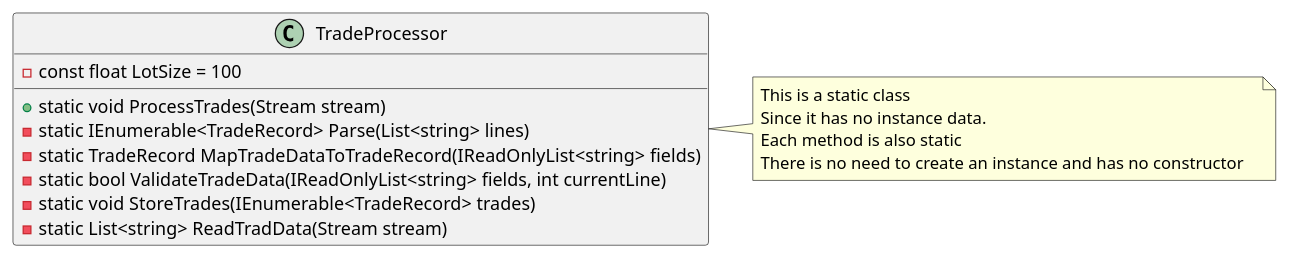
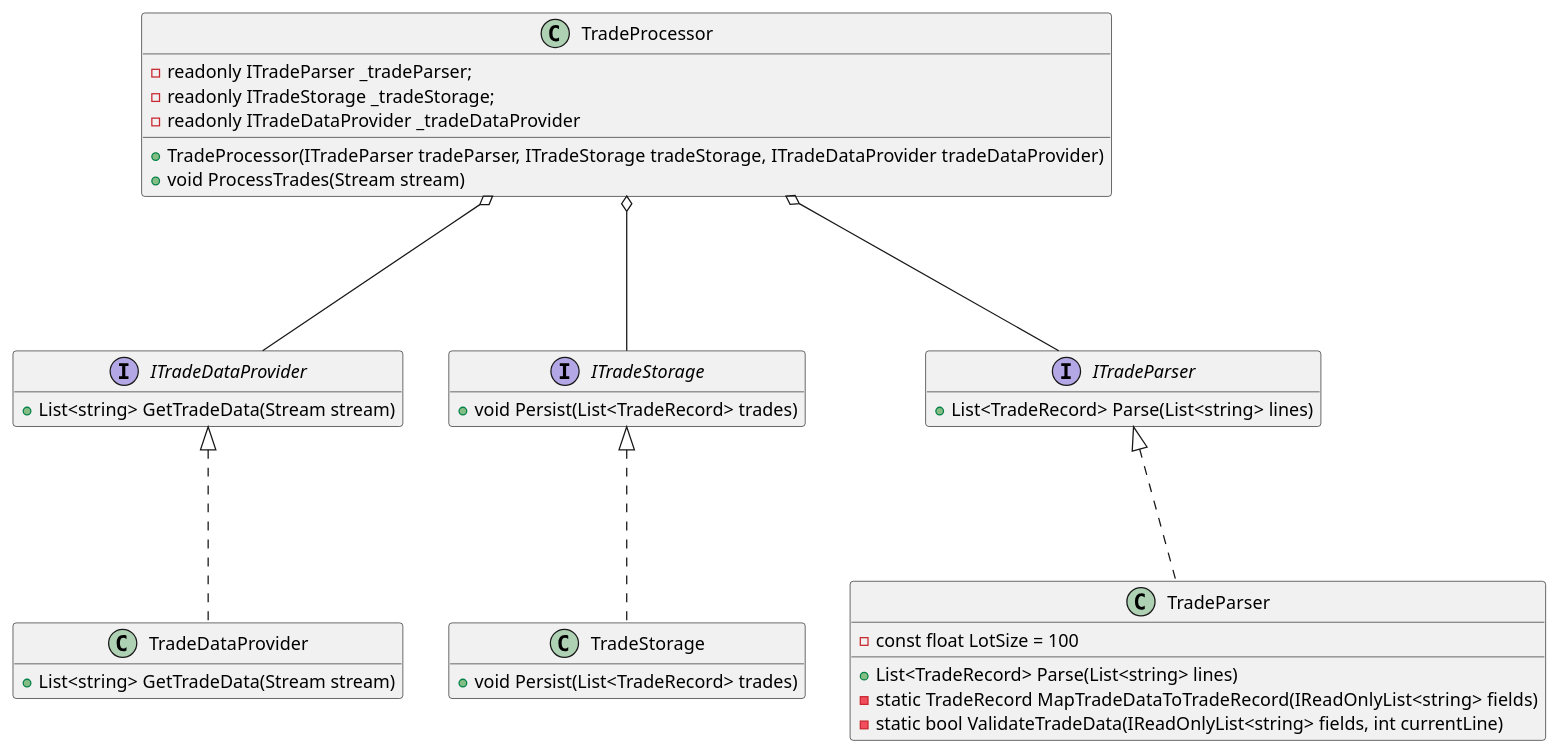
The diagram in solid-project-1/solid-project-1.puml (Shane-Wilson-class/solid-project-1), drawn with PlantUML before and after one commit. The commit also changed 9 other files, not shown here.

First line of the commit message:
Refactor TradeProcessor to comply with Single Responsibility Principle (SRP)

```diff
--- a/solid-project-1/solid-project-1.puml
+++ b/solid-project-1/solid-project-1.puml
@@ -1,21 +1,45 @@
 @startuml
+hide empty members
+interface ITradeDataProvider{
++ List<string> GetTradeData(Stream stream)
+}
+interface ITradeParser
+{
+ + List<TradeRecord> Parse(List<string> lines)
+}
+interface ITradeStorage
+{
+  + void Persist(List<TradeRecord> trades)
+}
 
+class TradeStorage {
++ void Persist(List<TradeRecord> trades)
+}
+
+class TradeDataProvider {
++ List<string> GetTradeData(Stream stream)
+}
+class TradeParser {
+- const float LotSize = 100
++ List<TradeRecord> Parse(List<string> lines)
+- static TradeRecord MapTradeDataToTradeRecord(IReadOnlyList<string> fields)
+- static bool ValidateTradeData(IReadOnlyList<string> fields, int currentLine)
+}
 
 class TradeProcessor {
-- const float LotSize = 100
-+ static void ProcessTrades(Stream stream)
-- static IEnumerable<TradeRecord> Parse(List<string> lines)
-- static TradeRecord MapTradeDataToTradeRecord(IReadOnlyList<string> fields)
-- static bool ValidateTradeData(IReadOnlyList<string> fields, int currentLine)
-- static void StoreTrades(IEnumerable<TradeRecord> trades)
-- static List<string> ReadTradData(Stream stream)
+ - readonly ITradeParser _tradeParser;
+ - readonly ITradeStorage _tradeStorage;
+ - readonly ITradeDataProvider _tradeDataProvider
+ + TradeProcessor(ITradeParser tradeParser, ITradeStorage tradeStorage, ITradeDataProvider tradeDataProvider)
+ + void ProcessTrades(Stream stream)
 }
 
-note right of TradeProcessor
-   This is a static class
-   Since it has no instance data.
-   Each method is also static
-   There is no need to create an instance and has no constructor   
-end note
+TradeProcessor o---ITradeParser
+TradeProcessor o---ITradeDataProvider
+TradeProcessor o---ITradeStorage
+
+TradeParser ...up|> ITradeParser
+TradeStorage ...up|> ITradeStorage
+TradeDataProvider ...up|> ITradeDataProvider
 
 @enduml
```
